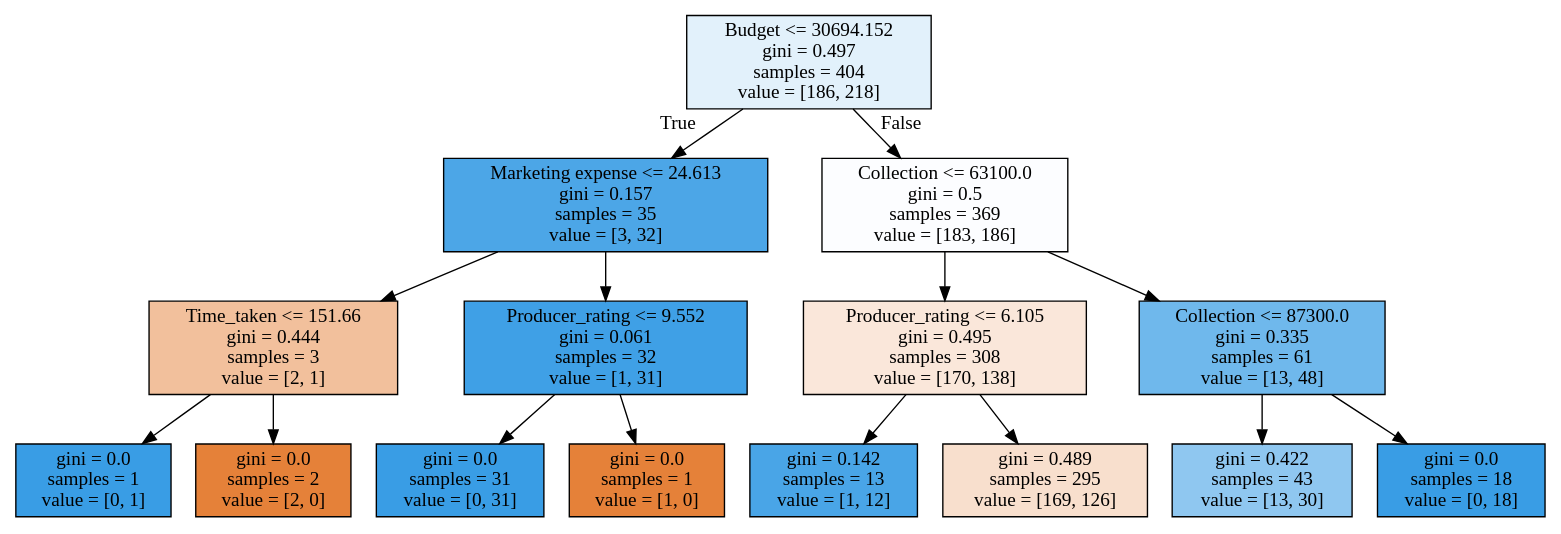
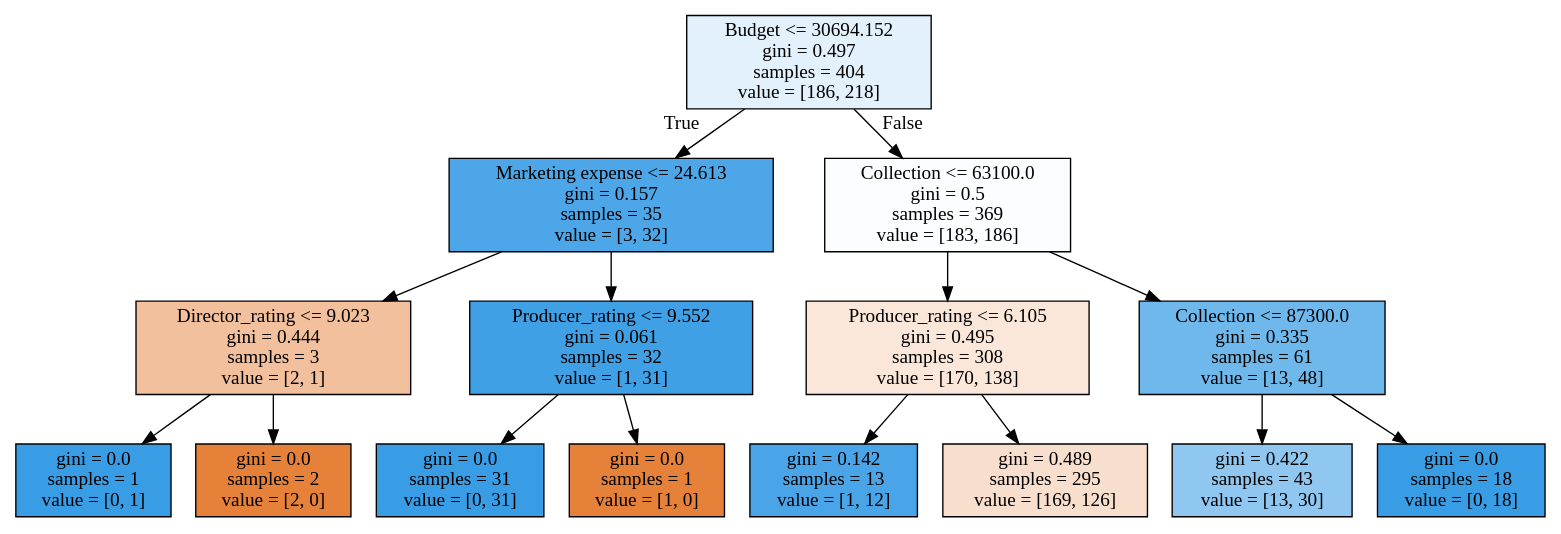
The diagram in Decision Trees/Classification DT/ctree.dot (radhikagupta6/Machine-Learning-and-Data-Science-Algorithms), drawn with Graphviz before and after one commit. The commit also changed 2 other files, not shown here.

```diff
--- a/Decision Trees/Classification DT/ctree.dot
+++ b/Decision Trees/Classification DT/ctree.dot
@@ -1,32 +1,32 @@
 digraph Tree {
 node [shape=box, style="filled", color="black"] ;
 0 [label="Budget <= 30694.152\ngini = 0.497\nsamples = 404\nvalue = [186, 218]", fillcolor="#e2f1fb"] ;
 1 [label="Marketing expense <= 24.613\ngini = 0.157\nsamples = 35\nvalue = [3, 32]", fillcolor="#4ca6e7"] ;
 0 -> 1 [labeldistance=2.5, labelangle=45, headlabel="True"] ;
-2 [label="Time_taken <= 151.66\ngini = 0.444\nsamples = 3\nvalue = [2, 1]", fillcolor="#f2c09c"] ;
+2 [label="Director_rating <= 9.023\ngini = 0.444\nsamples = 3\nvalue = [2, 1]", fillcolor="#f2c09c"] ;
 1 -> 2 ;
 3 [label="gini = 0.0\nsamples = 1\nvalue = [0, 1]", fillcolor="#399de5"] ;
 2 -> 3 ;
 4 [label="gini = 0.0\nsamples = 2\nvalue = [2, 0]", fillcolor="#e58139"] ;
 2 -> 4 ;
 5 [label="Producer_rating <= 9.552\ngini = 0.061\nsamples = 32\nvalue = [1, 31]", fillcolor="#3fa0e6"] ;
 1 -> 5 ;
 6 [label="gini = 0.0\nsamples = 31\nvalue = [0, 31]", fillcolor="#399de5"] ;
 5 -> 6 ;
 7 [label="gini = 0.0\nsamples = 1\nvalue = [1, 0]", fillcolor="#e58139"] ;
 5 -> 7 ;
 8 [label="Collection <= 63100.0\ngini = 0.5\nsamples = 369\nvalue = [183, 186]", fillcolor="#fcfdff"] ;
 0 -> 8 [labeldistance=2.5, labelangle=-45, headlabel="False"] ;
 9 [label="Producer_rating <= 6.105\ngini = 0.495\nsamples = 308\nvalue = [170, 138]", fillcolor="#fae7da"] ;
 8 -> 9 ;
 10 [label="gini = 0.142\nsamples = 13\nvalue = [1, 12]", fillcolor="#49a5e7"] ;
 9 -> 10 ;
 11 [label="gini = 0.489\nsamples = 295\nvalue = [169, 126]", fillcolor="#f8dfcd"] ;
 9 -> 11 ;
 12 [label="Collection <= 87300.0\ngini = 0.335\nsamples = 61\nvalue = [13, 48]", fillcolor="#6fb8ec"] ;
 8 -> 12 ;
 13 [label="gini = 0.422\nsamples = 43\nvalue = [13, 30]", fillcolor="#8fc7f0"] ;
 12 -> 13 ;
 14 [label="gini = 0.0\nsamples = 18\nvalue = [0, 18]", fillcolor="#399de5"] ;
 12 -> 14 ;
 }
```
